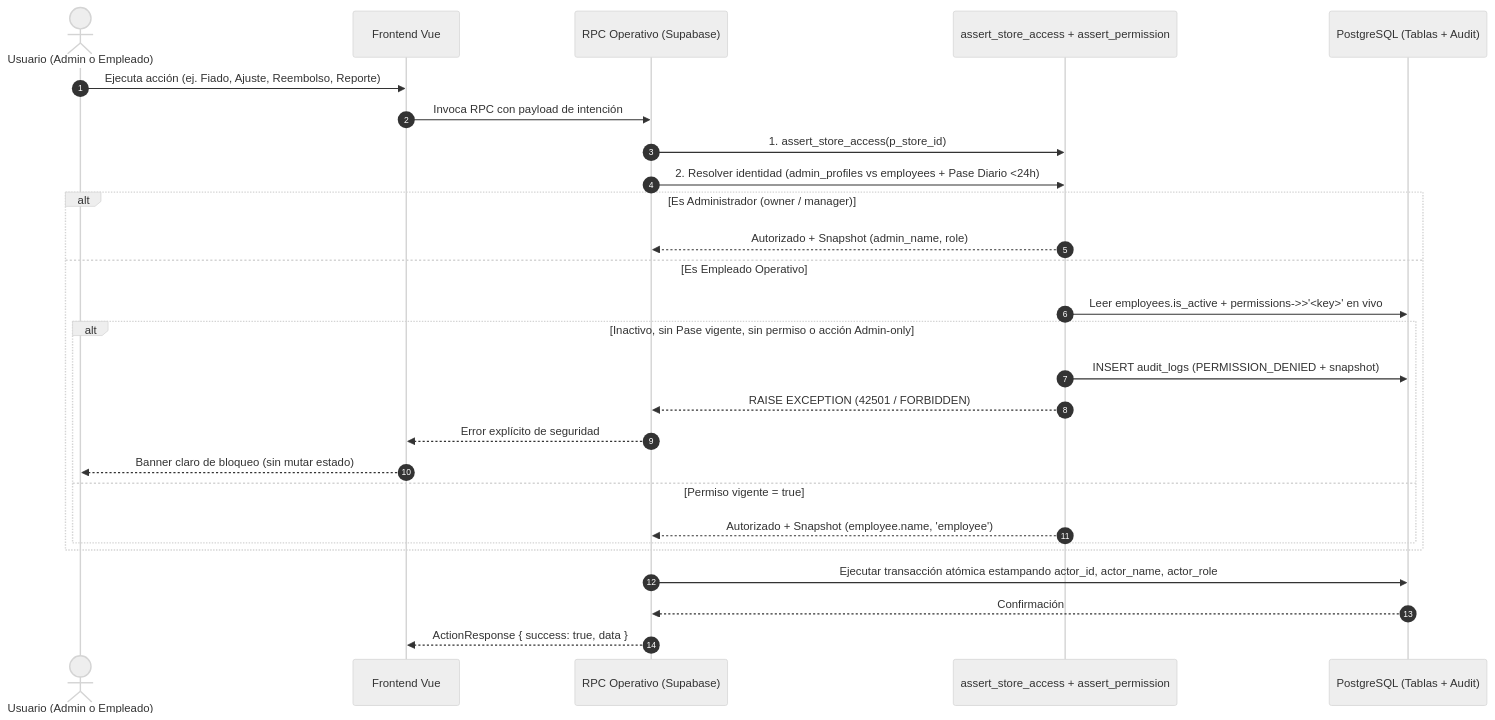
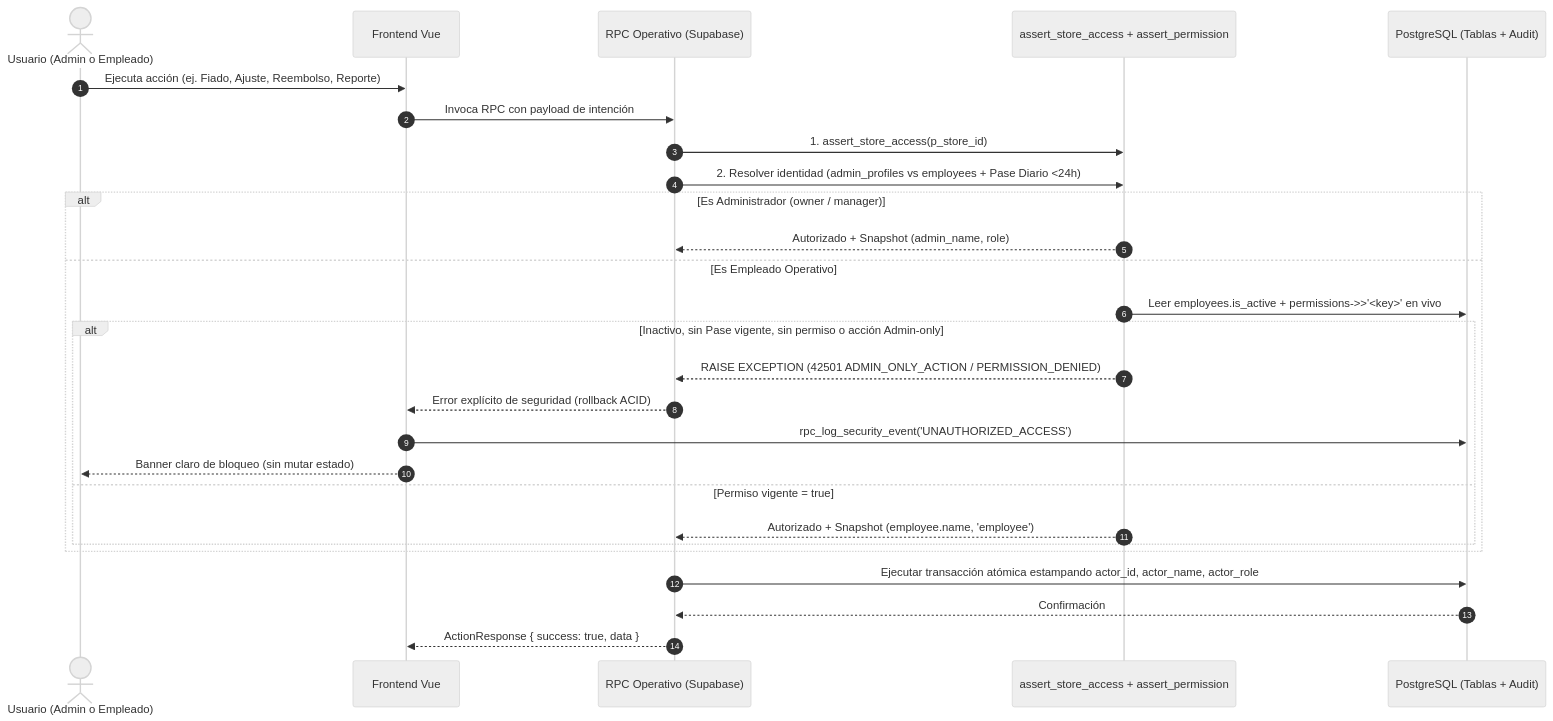
Before and after one commit to YamirJCF/tienda-barrio-pro: the first of 2 diagrams in documentation/01_requirements/SDD/SDD_003_01_MATRIZ_PERMISOS_EMPLEADOS.md, drawn with Mermaid (neutral theme). The commit also changed other lines of this file and 32 other files, not shown here.

````diff
--- a/documentation/01_requirements/SDD/SDD_003_01_MATRIZ_PERMISOS_EMPLEADOS.md
+++ b/documentation/01_requirements/SDD/SDD_003_01_MATRIZ_PERMISOS_EMPLEADOS.md
@@ -78,30 +78,30 @@
 ```mermaid
 sequenceDiagram
     autonumber
     actor User as Usuario (Admin o Empleado)
     participant UI as Frontend Vue
     participant RPC as RPC Operativo (Supabase)
     participant Helper as assert_store_access + assert_permission
     participant DB as PostgreSQL (Tablas + Audit)
 
     User->>UI: Ejecuta acción (ej. Fiado, Ajuste, Reembolso, Reporte)
     UI->>RPC: Invoca RPC con payload de intención
     RPC->>Helper: 1. assert_store_access(p_store_id)
     RPC->>Helper: 2. Resolver identidad (admin_profiles vs employees + Pase Diario <24h)
     alt Es Administrador (owner / manager)
         Helper-->>RPC: Autorizado + Snapshot (admin_name, role)
     else Es Empleado Operativo
         Helper->>DB: Leer employees.is_active + permissions->>'<key>' en vivo
         alt Inactivo, sin Pase vigente, sin permiso o acción Admin-only
-            Helper->>DB: INSERT audit_logs (PERMISSION_DENIED + snapshot)
-            Helper-->>RPC: RAISE EXCEPTION (42501 / FORBIDDEN)
-            RPC-->>UI: Error explícito de seguridad
+            Helper-->>RPC: RAISE EXCEPTION (42501 ADMIN_ONLY_ACTION / PERMISSION_DENIED)
+            RPC-->>UI: Error explícito de seguridad (rollback ACID)
+            UI->>DB: rpc_log_security_event('UNAUTHORIZED_ACCESS')
             UI-->>User: Banner claro de bloqueo (sin mutar estado)
         else Permiso vigente = true
             Helper-->>RPC: Autorizado + Snapshot (employee.name, 'employee')
         end
     end
     RPC->>DB: Ejecutar transacción atómica estampando actor_id, actor_name, actor_role
     DB-->>RPC: Confirmación
     RPC-->>UI: ActionResponse { success: true, data }
 ```
````
